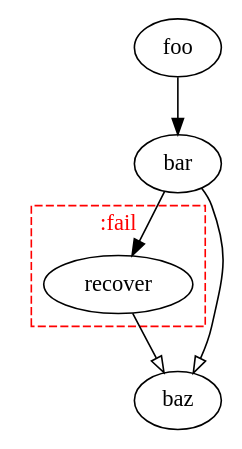
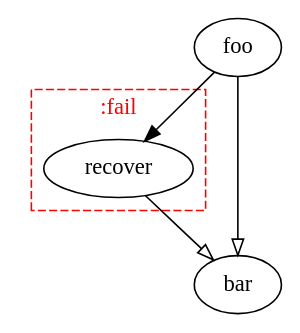
The diagram in src/7-to-8/major-changes/suicide-triggers.rst (cylc/cylc-doc), drawn with Graphviz before and after one commit. The commit also changed other lines of this file and 15 other files, not shown here.

```diff
--- a/src/7-to-8/major-changes/suicide-triggers.rst
+++ b/src/7-to-8/major-changes/suicide-triggers.rst
@@ -63,15 +51,14 @@
 .. digraph:: Example
    :align: center
 
    subgraph cluster_1 {
       label = ":fail"
       color = "red"
       fontcolor = "red"
       style = "dashed"
       recover
    }
 
-   foo -> bar
-   bar -> recover
-   recover -> baz [arrowhead="onormal"]
-   bar -> baz [arrowhead="onormal"]
+   foo -> recover
+   recover -> bar [arrowhead="onormal"]
+   foo -> bar [arrowhead="onormal" weight=2]
```
